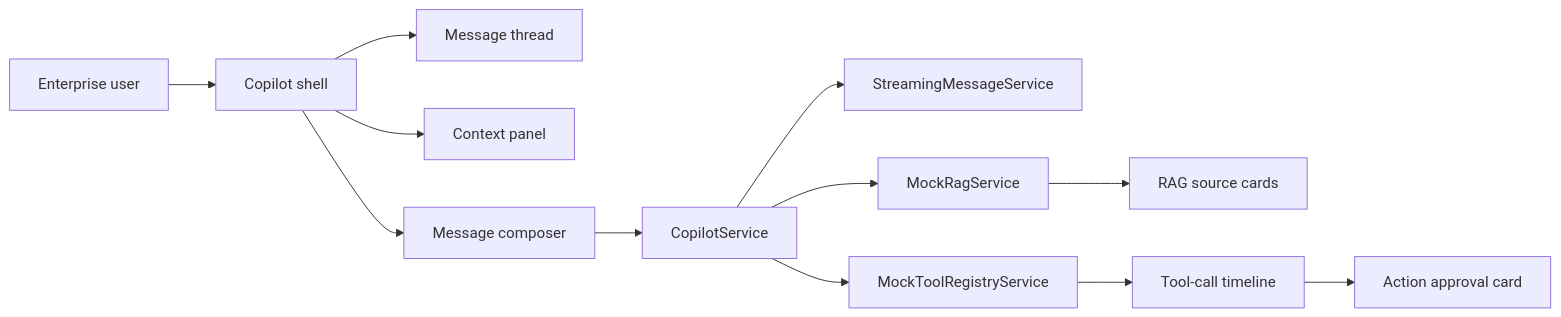
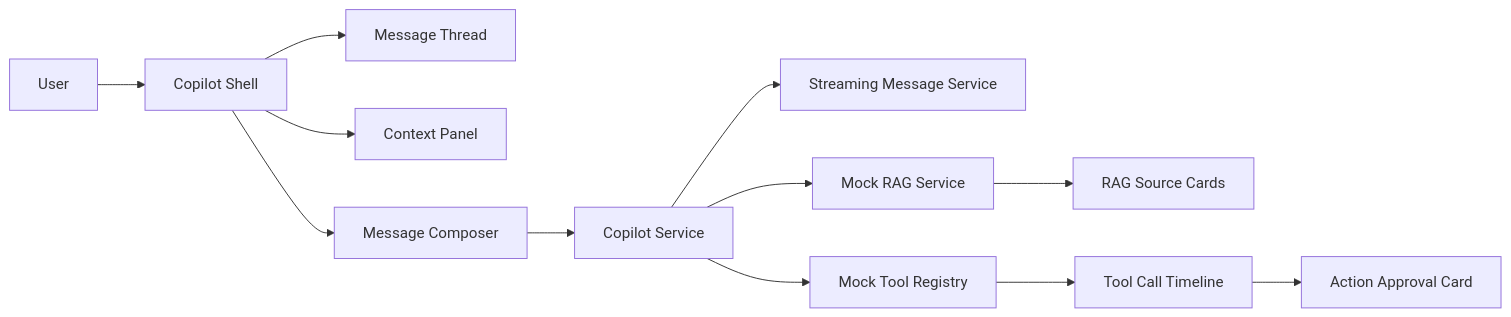
Before and after one commit to AnkitParekh007/angular-ai-copilot-starter: the diagram in README.md, drawn with Mermaid. The commit also changed other lines of this file and 3 other files, not shown here.

````diff
--- a/README.md
+++ b/README.md
@@ -80,14 +96,14 @@
 ```mermaid
 flowchart LR
-    User["Enterprise user"] --> Shell["Copilot shell"]
-    Shell --> MessageThread["Message thread"]
-    Shell --> ContextPanel["Context panel"]
-    Shell --> Composer["Message composer"]
-    Composer --> CopilotService["CopilotService"]
-    CopilotService --> StreamingService["StreamingMessageService"]
-    CopilotService --> MockRagService["MockRagService"]
-    CopilotService --> MockToolRegistry["MockToolRegistryService"]
-    MockRagService --> RagCards["RAG source cards"]
-    MockToolRegistry --> ToolTimeline["Tool-call timeline"]
-    ToolTimeline --> ApprovalCard["Action approval card"]
+    User[User] --> Shell[Copilot Shell]
+    Shell --> Thread[Message Thread]
+    Shell --> Context[Context Panel]
+    Shell --> Composer[Message Composer]
+    Composer --> Service[Copilot Service]
+    Service --> Streaming[Streaming Message Service]
+    Service --> Rag[Mock RAG Service]
+    Service --> Tools[Mock Tool Registry]
+    Rag --> Sources[RAG Source Cards]
+    Tools --> Timeline[Tool Call Timeline]
+    Timeline --> Approval[Action Approval Card]
 ```
````
